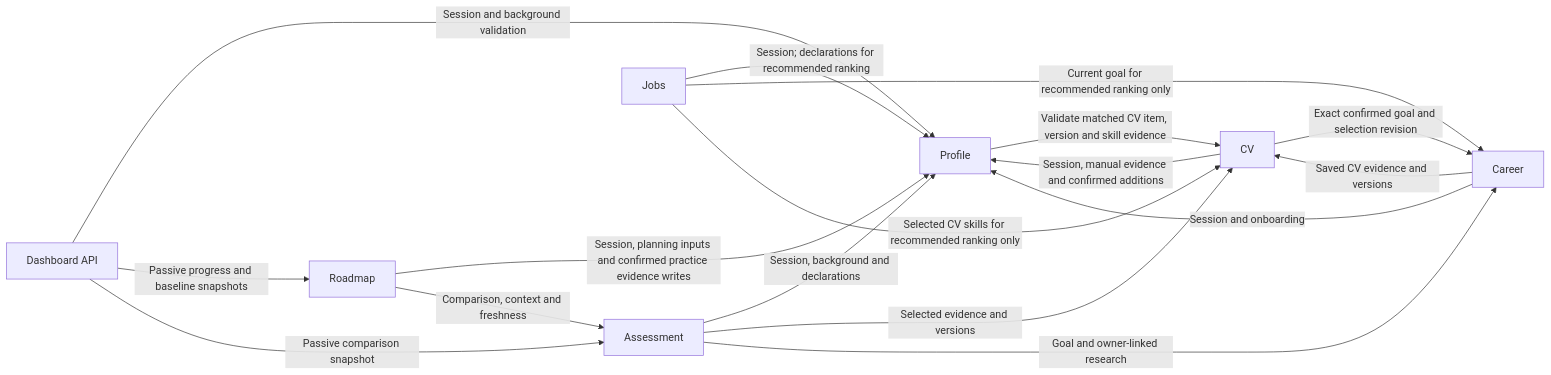
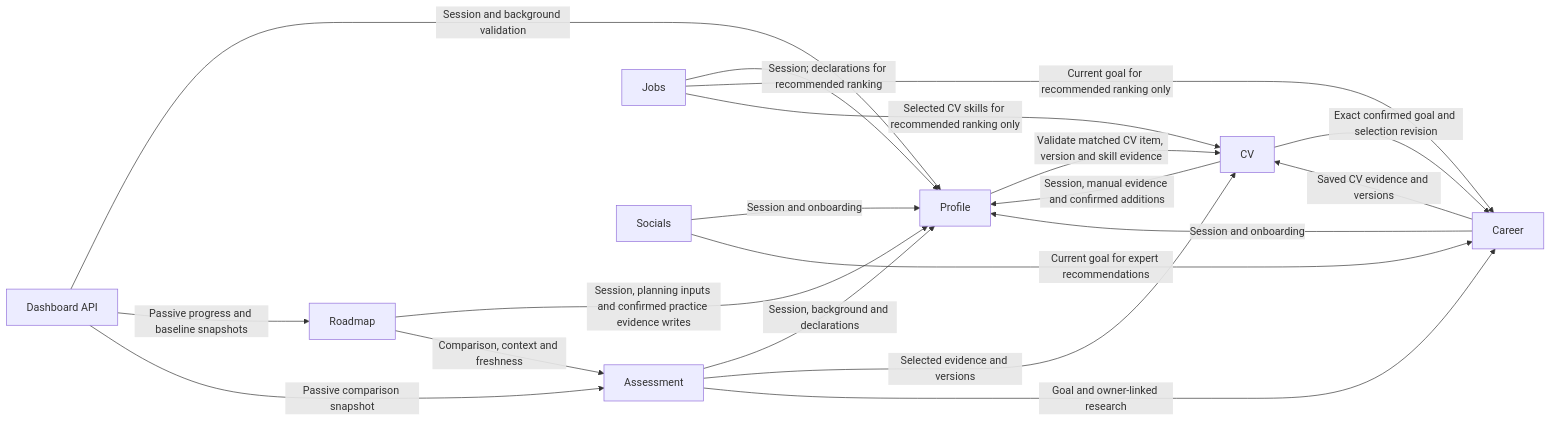
Before and after one commit to bryan034/coachify: the diagram in docs/architecture/diagrams/service-api-dependencies.mmd, drawn with Mermaid. The commit also changed 48 other files, not shown here.

```diff
--- a/docs/architecture/diagrams/service-api-dependencies.mmd
+++ b/docs/architecture/diagrams/service-api-dependencies.mmd
@@ -1,25 +1,28 @@
 flowchart LR
     Profile[Profile]
     CV[CV]
     Career[Career]
     Assessment[Assessment]
     Roadmap[Roadmap]
     Jobs[Jobs]
+    Socials[Socials]
     Dashboard[Dashboard API]
 
     Profile -->|Validate matched CV item, version and skill evidence| CV
     CV -->|Session, manual evidence and confirmed additions| Profile
     CV -->|Exact confirmed goal and selection revision| Career
     Career -->|Session and onboarding| Profile
     Career -->|Saved CV evidence and versions| CV
     Assessment -->|Session, background and declarations| Profile
     Assessment -->|Selected evidence and versions| CV
     Assessment -->|Goal and owner-linked research| Career
     Roadmap -->|Session, planning inputs and confirmed practice evidence writes| Profile
     Roadmap -->|Comparison, context and freshness| Assessment
     Jobs -->|Session; declarations for recommended ranking| Profile
     Jobs -->|Current goal for recommended ranking only| Career
     Jobs -->|Selected CV skills for recommended ranking only| CV
+    Socials -->|Session and onboarding| Profile
+    Socials -->|Current goal for expert recommendations| Career
     Dashboard -->|Session and background validation| Profile
     Dashboard -->|Passive progress and baseline snapshots| Roadmap
     Dashboard -->|Passive comparison snapshot| Assessment
```
